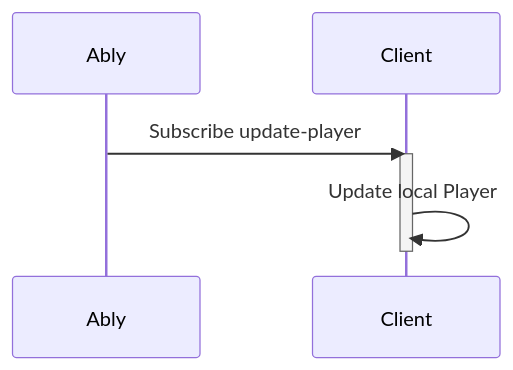
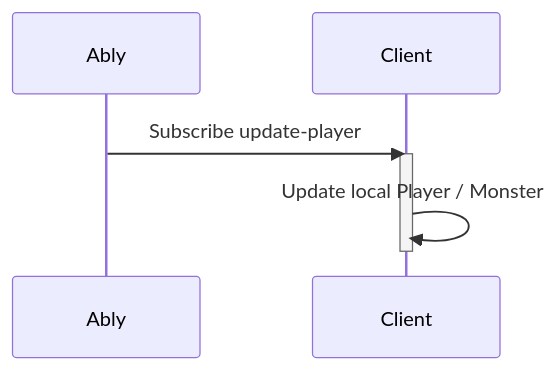
Before and after one commit to ably-labs/serverless-websockets-quest: the diagram in docs/SubscribeUpdatePlayer.mmd, drawn with Mermaid. The commit also changed 2 other files, not shown here.

Commit message:
Updated subscribe diagrams

```diff
--- a/docs/SubscribeUpdatePlayer.mmd
+++ b/docs/SubscribeUpdatePlayer.mmd
@@ -1,5 +1,5 @@
 sequenceDiagram
   Ably ->> Client: Subscribe update-player
   activate Client
-  Client ->> Client: Update local Player
+  Client ->> Client: Update local Player / Monster
   deactivate Client
```
